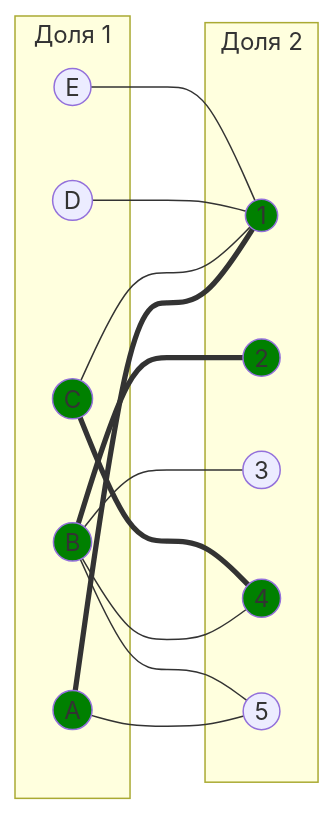
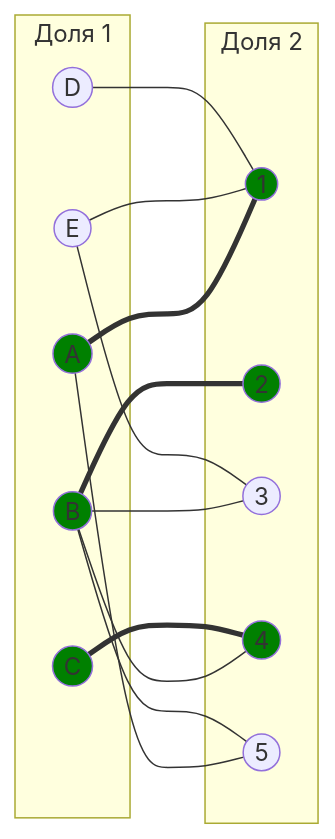
Before and after one commit to algos-ris-24-4/manual-tasks: the fourth of 12 diagrams in Задание 8/slaaay.md, drawn with Mermaid. The commit also changed other lines of this file, not shown here.

````diff
--- a/Задание 8/slaaay.md
+++ b/Задание 8/slaaay.md
@@ -159,36 +170,36 @@
 ```mermaid
 graph LR
     subgraph "Доля 1"
         A((A))
         B((B))
         C((C))
         D((D))
         E((E))
     end
     subgraph "Доля 2"
         1((1))
         2((2))
         3((3))
         4((4))
         5((5))
     end
     A === 1
     A --- 5
     B === 2
     B --- 3
     B --- 4
     B --- 5
-    C --- 1
     C === 4
+    E --- 1
+    E --- 3
     D --- 1
-    E --- 1
     
 
     
     style A fill:#008000
     style B fill:#008000
     style C fill:#008000
     style 1 fill:#008000
     style 2 fill:#008000
     style 4 fill:#008000
 ```
````
